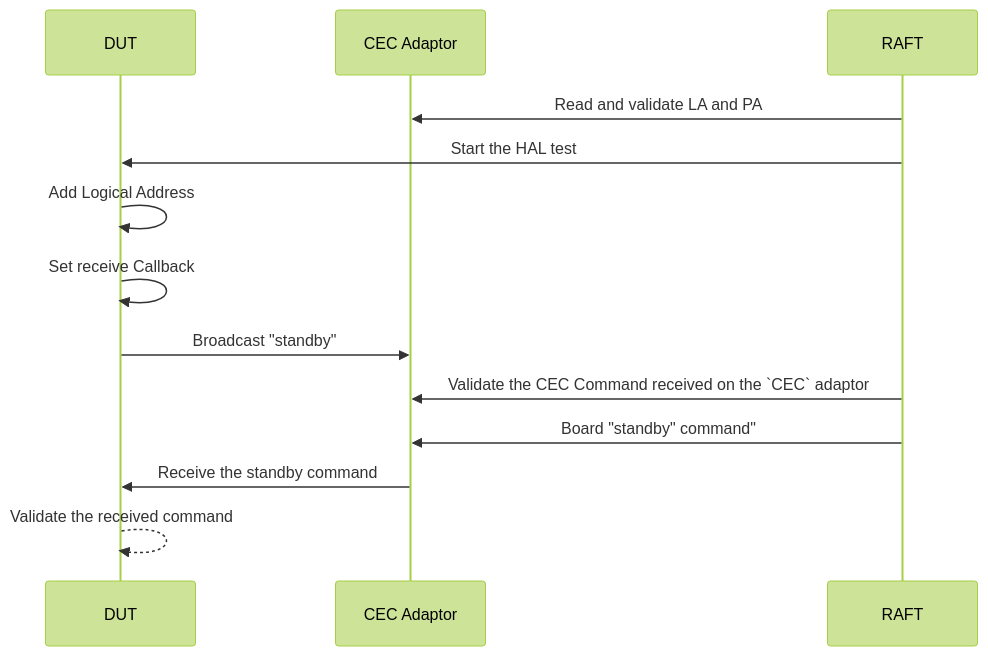
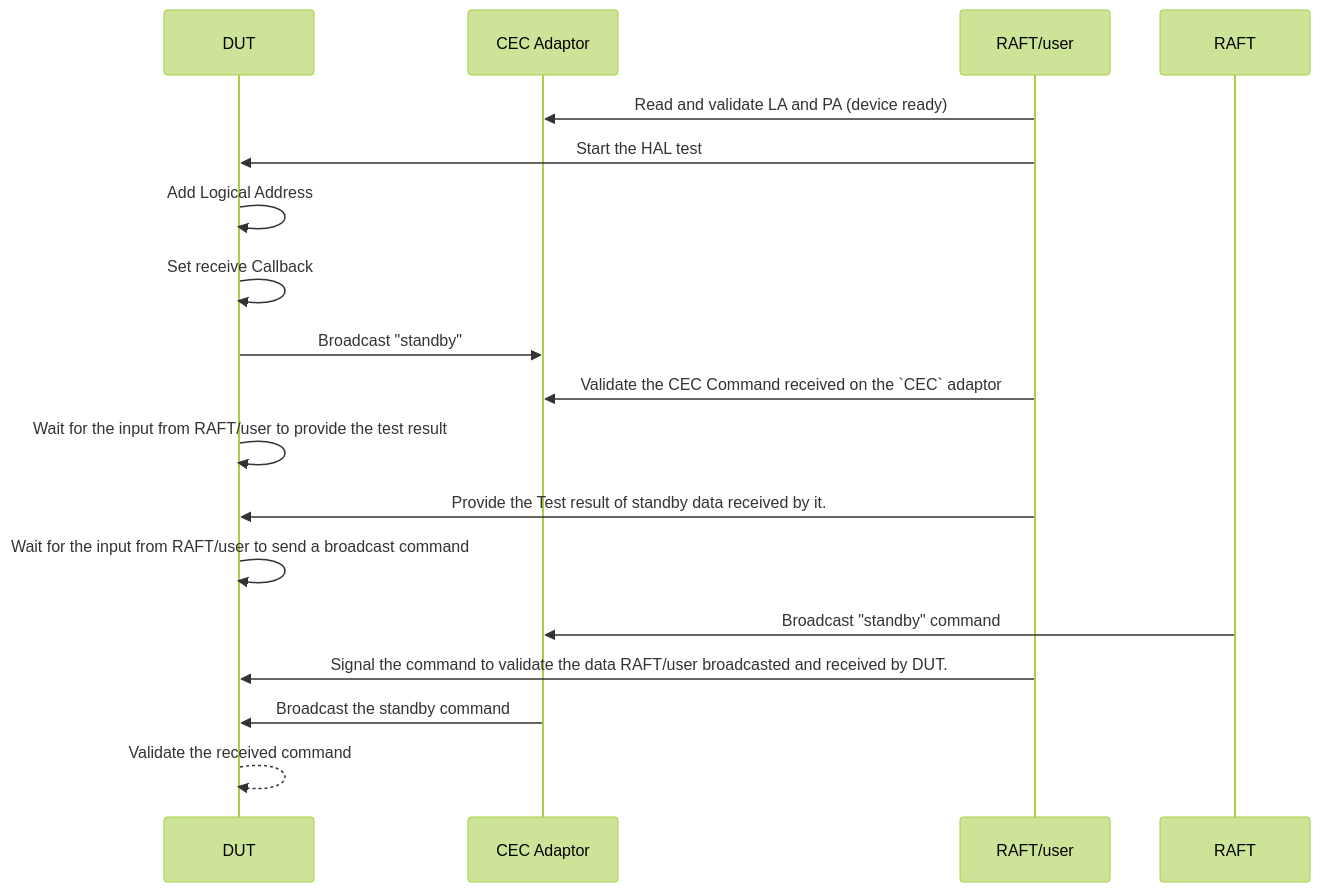
The third of 4 diagrams in docs/pages/hdmi-cec-sink-L3-Low-Level_TestSpec.md (rdkcentral/rdk-halif-test-hdmi_cec), drawn with Mermaid (forest theme) before and after one commit. The commit also changed other lines of this file, not shown here.

First line of the commit message:
gh #44 Update hdmi-cec-sink-L3-Low-Level_TestSpec.md

````diff
--- a/docs/pages/hdmi-cec-sink-L3-Low-Level_TestSpec.md
+++ b/docs/pages/hdmi-cec-sink-L3-Low-Level_TestSpec.md
@@ -193,15 +205,19 @@
 ```mermaid
 sequenceDiagram
     participant DUT
     participant CEC Adaptor
-    participant RAFT
-    RAFT->>CEC Adaptor: Read and validate LA and PA 
-    RAFT->>DUT: Start the HAL test
+    participant RAFT/user
+    RAFT/user->>CEC Adaptor: Read and validate LA and PA (device ready) 
+    RAFT/user->>DUT: Start the HAL test
     DUT->>DUT: Add Logical Address
     DUT->>DUT: Set receive Callback
     DUT->>CEC Adaptor: Broadcast "standby"
-    RAFT->>CEC Adaptor: Validate the CEC Command received on the `CEC` adaptor
-    RAFT->>CEC Adaptor: Board "standby" command"
-    CEC Adaptor->> DUT: Receive the standby command 
+    RAFT/user->>CEC Adaptor: Validate the CEC Command received on the `CEC` adaptor
+    DUT->>DUT: Wait for the input from RAFT/user to provide the test result
+    RAFT/user->>DUT: Provide the Test result of standby data received by it.
+    DUT->>DUT: Wait for the input from RAFT/user to send a broadcast command
+    RAFT->>CEC Adaptor: Broadcast "standby" command
+    RAFT/user->>DUT: Signal the command to validate the data RAFT/user broadcasted and received by DUT.
+    CEC Adaptor->> DUT: Broadcast the standby command
     DUT-->>DUT: Validate the received command
 ```
````
